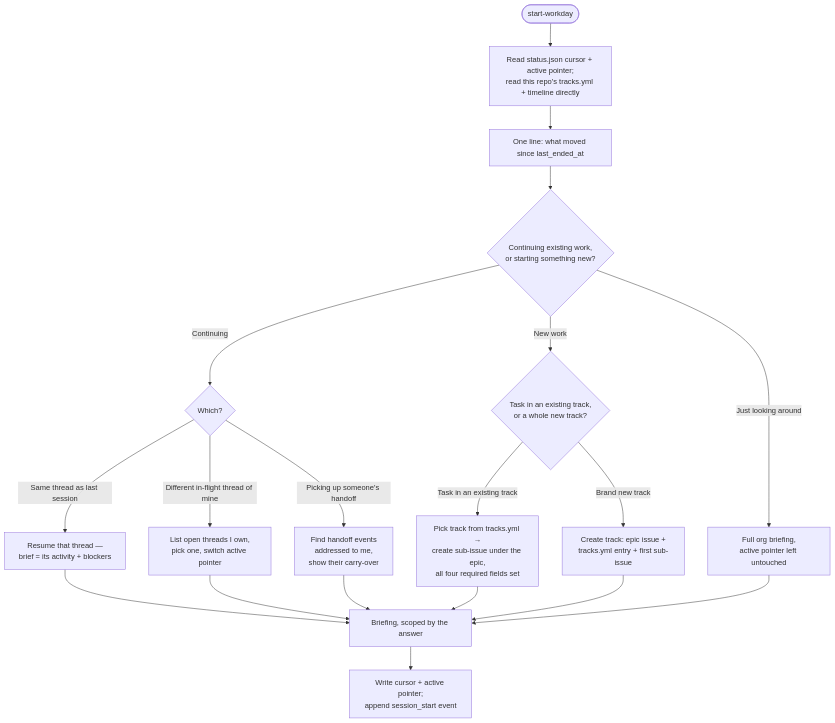
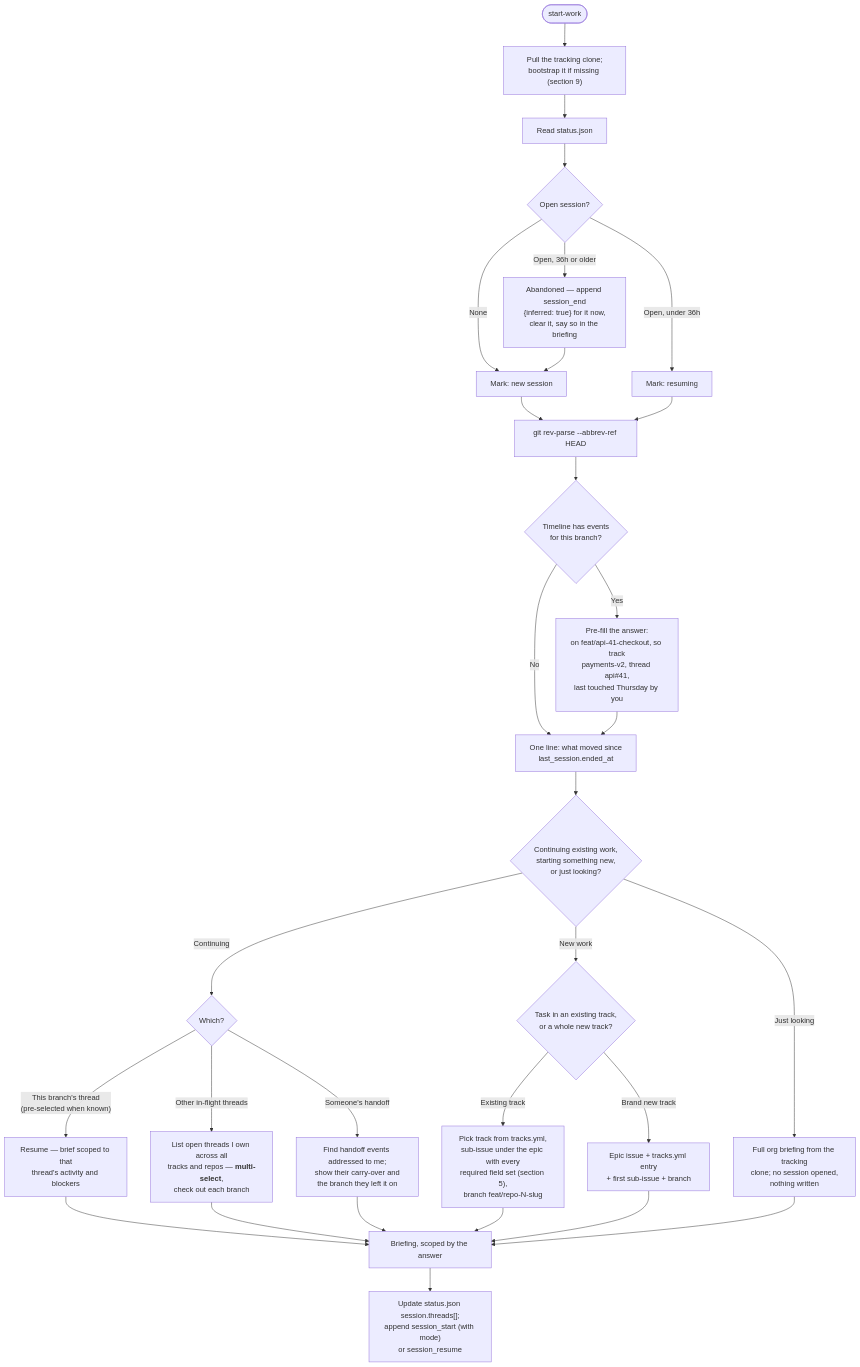
Before and after one commit to alimohammed1624/skills: the fifth of 8 diagrams in docs/target-workflow.md, drawn with Mermaid. The commit also changed other lines of this file and 1 other file, not shown here.

````diff
--- a/docs/target-workflow.md
+++ b/docs/target-workflow.md
@@ -272,25 +415,38 @@
 ```mermaid
 flowchart TD
-    START([start-workday]) --> READ[Read status.json cursor + active pointer;<br/>read this repo's tracks.yml + timeline directly]
-    READ --> GLANCE[One line: what moved since last_ended_at]
-    GLANCE --> Q1{Continuing existing work,<br/>or starting something new?}
+    START([start-work]) --> SYNC["Pull the tracking clone;<br/>bootstrap it if missing (section 9)"]
+    SYNC --> READ["Read status.json"]
+    READ --> SESS{Open session?}
+    SESS -->|None| NEW["Mark: new session"]
+    SESS -->|"Open, under 36h"| RES["Mark: resuming"]
+    SESS -->|"Open, 36h or older"| STALE["Abandoned — append session_end<br/>{inferred: true} for it now,<br/>clear it, say so in the briefing"]
+    STALE --> NEW
+    NEW --> BR
+    RES --> BR
+    BR["git rev-parse --abbrev-ref HEAD"] --> LOOK{Timeline has events<br/>for this branch?}
+
+    LOOK -->|Yes| PRE["Pre-fill the answer:<br/>on feat/api-41-checkout, so track<br/>payments-v2, thread api#41,<br/>last touched Thursday by you"]
+    LOOK -->|No| GLANCE
+    PRE --> GLANCE["One line: what moved since<br/>last_session.ended_at"]
+
+    GLANCE --> Q1{Continuing existing work,<br/>starting something new,<br/>or just looking?}
 
     Q1 -->|Continuing| Q2{Which?}
-    Q2 -->|Same thread as last session| R1[Resume that thread —<br/>brief = its activity + blockers]
-    Q2 -->|Different in-flight thread of mine| R2[List open threads I own,<br/>pick one, switch active pointer]
-    Q2 -->|Picking up someone's handoff| R3[Find handoff events<br/>addressed to me,<br/>show their carry-over]
+    Q2 -->|"This branch's thread<br/>(pre-selected when known)"| R1["Resume — brief scoped to that<br/>thread's activity and blockers"]
+    Q2 -->|Other in-flight threads| R2["List open threads I own across all<br/>tracks and repos — <b>multi-select</b>,<br/>check out each branch"]
+    Q2 -->|Someone's handoff| R3["Find handoff events addressed to me;<br/>show their carry-over and<br/>the branch they left it on"]
 
     Q1 -->|New work| Q3{Task in an existing track,<br/>or a whole new track?}
-    Q3 -->|Task in an existing track| N1[Pick track from tracks.yml →<br/>create sub-issue under the epic,<br/>all four required fields set]
-    Q3 -->|Brand new track| N2[Create track: epic issue +<br/>tracks.yml entry + first sub-issue]
+    Q3 -->|Existing track| N1["Pick track from tracks.yml,<br/>sub-issue under the epic with every<br/>required field set (section 5),<br/>branch feat/repo-N-slug"]
+    Q3 -->|Brand new track| N2["Epic issue + tracks.yml entry<br/>+ first sub-issue + branch"]
 
-    Q1 -->|Just looking around| BROWSE[Full org briefing,<br/>active pointer left untouched]
+    Q1 -->|Just looking| BROWSE["Full org briefing from the tracking<br/>clone; no session opened,<br/>nothing written"]
 
-    R1 --> BRIEF[Briefing, scoped by the answer]
+    R1 --> BRIEF["Briefing, scoped by the answer"]
     R2 --> BRIEF
     R3 --> BRIEF
     N1 --> BRIEF
     N2 --> BRIEF
     BROWSE --> BRIEF
-    BRIEF --> WRITE[Write cursor + active pointer;<br/>append session_start event]
+    BRIEF --> WRITE["Update status.json session.threads[];<br/>append session_start (with mode)<br/>or session_resume"]
 ```
````
